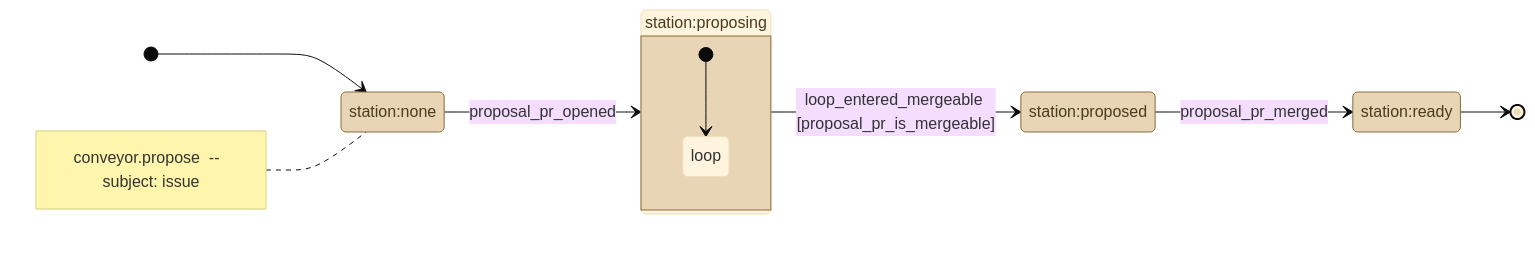
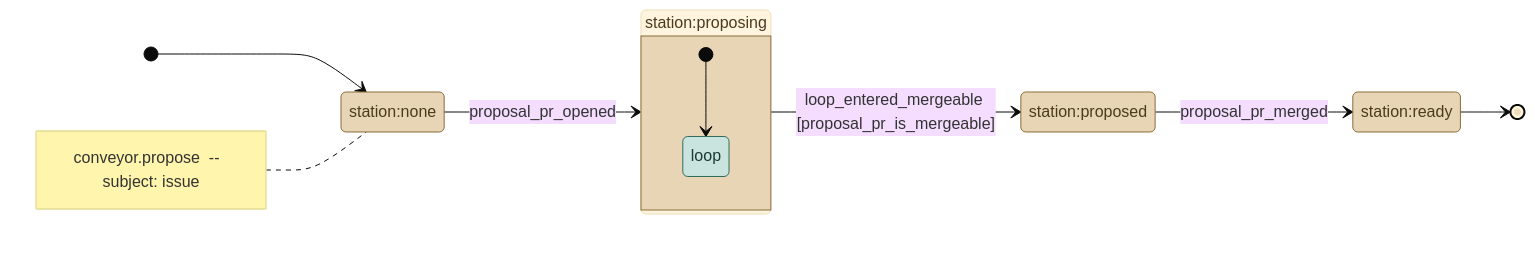
One commit to kostiantyn-matsebora/agent-ops-operator changed the diagram in .github/conveyor-model/mermaid/conveyor_propose.mmd. Above: the diagram before and after it, drawn with Mermaid (base theme). The commit also changed 14 other files, not shown here.

```diff
--- a/.github/conveyor-model/mermaid/conveyor_propose.mmd
+++ b/.github/conveyor-model/mermaid/conveyor_propose.mmd
@@ -1,21 +1,22 @@
 stateDiagram-v2
     direction LR
     [*] --> station_none
     note left of station_none
         conveyor.propose  --  subject: issue
     end note
     classDef stationState fill:#e8d5b5,stroke:#8a6d3b,color:#4a3b1f
     classDef loopState fill:#c9e4de,stroke:#2f6b5e,color:#1a3b33
     state "station:none" as station_none
     state "station:proposing" as station_proposing
     state "station:proposed" as station_proposed
     state "station:ready" as station_ready
     station_none --> station_proposing : proposal_pr_opened
     station_proposing --> station_proposed : loop_entered_mergeable [proposal_pr_is_mergeable]
     station_proposed --> station_ready : proposal_pr_merged
     station_ready --> [*]
     class station_none, station_proposing, station_proposed, station_ready stationState
     state station_proposing {
         [*] --> station_proposing__loop
         state "loop" as station_proposing__loop
     }
+    class station_proposing__loop loopState
```
